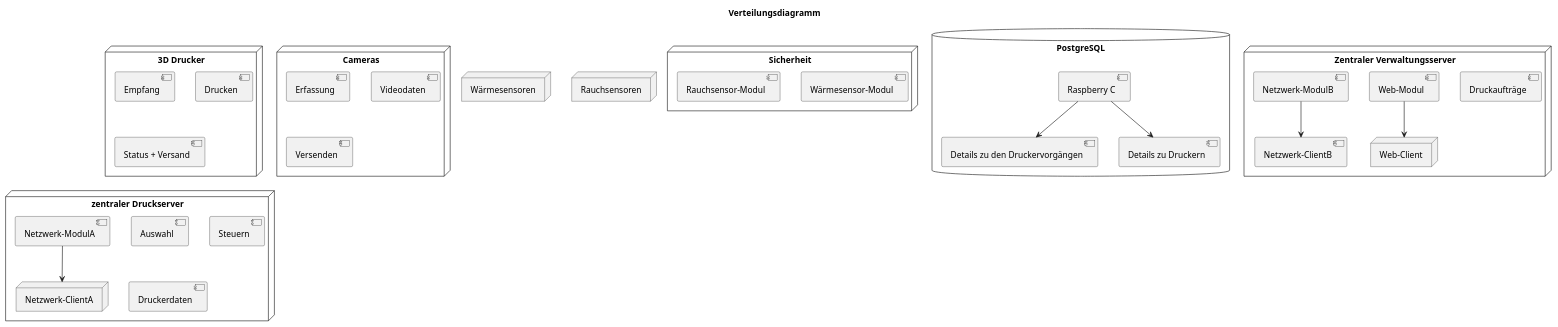
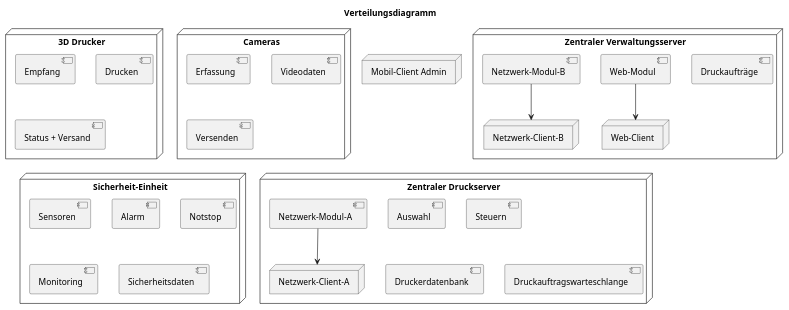
One commit to MaxMali/VuWmSoftwareentwicklung changed the diagram in 001_uml/01_mm_verteilungsdiagramm.puml. Above: the diagram before and after it, drawn with PlantUML.

Commit message:
Update 01_mm_verteilungsdiagramm

```diff
--- a/001_uml/01_mm_verteilungsdiagramm.puml
+++ b/001_uml/01_mm_verteilungsdiagramm.puml
@@ -1,57 +1,55 @@
 @startuml
 
 title Verteilungsdiagramm
 
 node "3D Drucker" {
   [Empfang]
   [Drucken]
   [Status + Versand]
 
 }
 node "Cameras" {
   [Erfassung]
   [Videodaten]
   [Versenden]
 
 }
-node "Sicherheit" {
-  [Wärmesensor-Modul]
-  [Rauchsensor-Modul]
+node "Sicherheit-Einheit" {
+  [Sensoren]
+  [Alarm]
+  [Notstop]
+  [Monitoring]
+  [Sicherheitsdaten]
 }
 
 
-node "zentraler Druckserver" {
+node "Zentraler Druckserver" {
   [Versenden]
   [Auswahl]
   [Steuern]
-  [Druckerdaten]
-  [Netzwerk-ModulA]-->[Netzwerk-ClientA]
-
+  [Empfang]
+  [Druckerdatenbank]
+  [Druckauftragswarteschlange]
+  [Netzwerk-Modul-A]-->[Netzwerk-Client-A]
 }
 
 
-database "PostgreSQL\n" {
-    [Raspberry C]-->[de_a]
-    [Raspberry C]-->[de_b]
-    [Details zu den Druckervorgängen] as de_a
-    [Details zu Druckern] as de_b
-}
 node "Zentraler Verwaltungsserver"{
   [Druckaufträge]
   [Web-Modul]-->[Web-Client]
-  [Netzwerk-ModulB]-->[Netzwerk-ClientB]
-
+  [Netzwerk-Modul-B]-->[Netzwerk-Client-B]
 }
 node "Web-Client" {
 
 }
-node "Netzwerk-ClientA" {
+node "Mobil-Client Admin" {
 
 }
-node "Wärmesensoren" {
+node "Netzwerk-Client-A" {
 
 }
-node "Rauchsensoren" {
+node "Netzwerk-Client-B" {
 
 }
+
 @enduml
```
